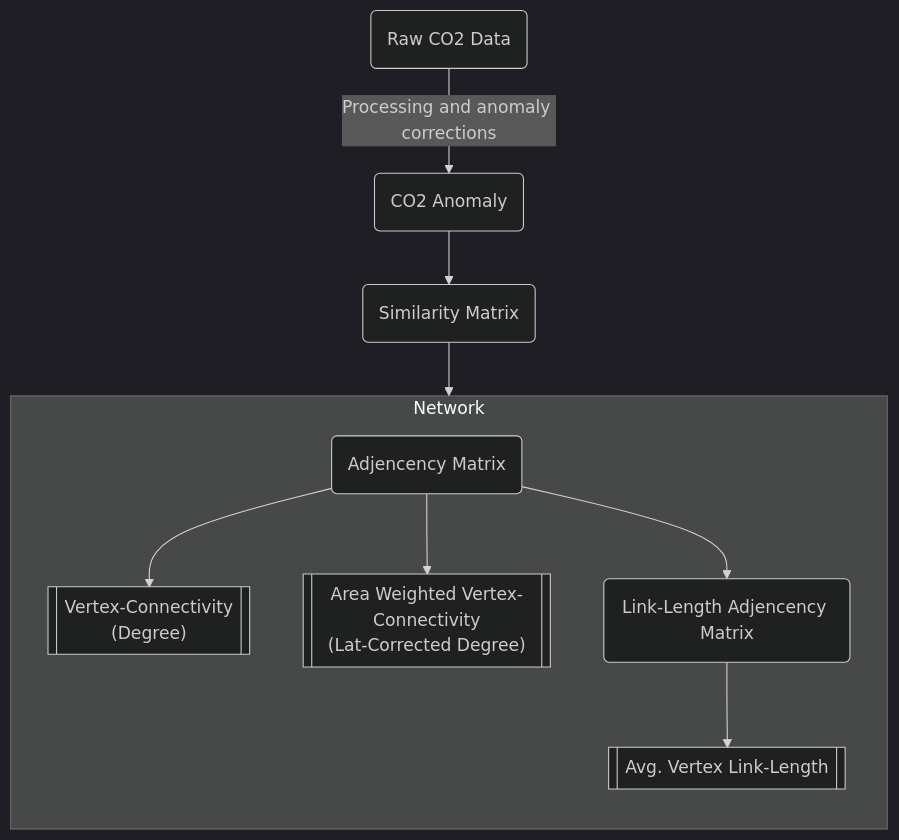
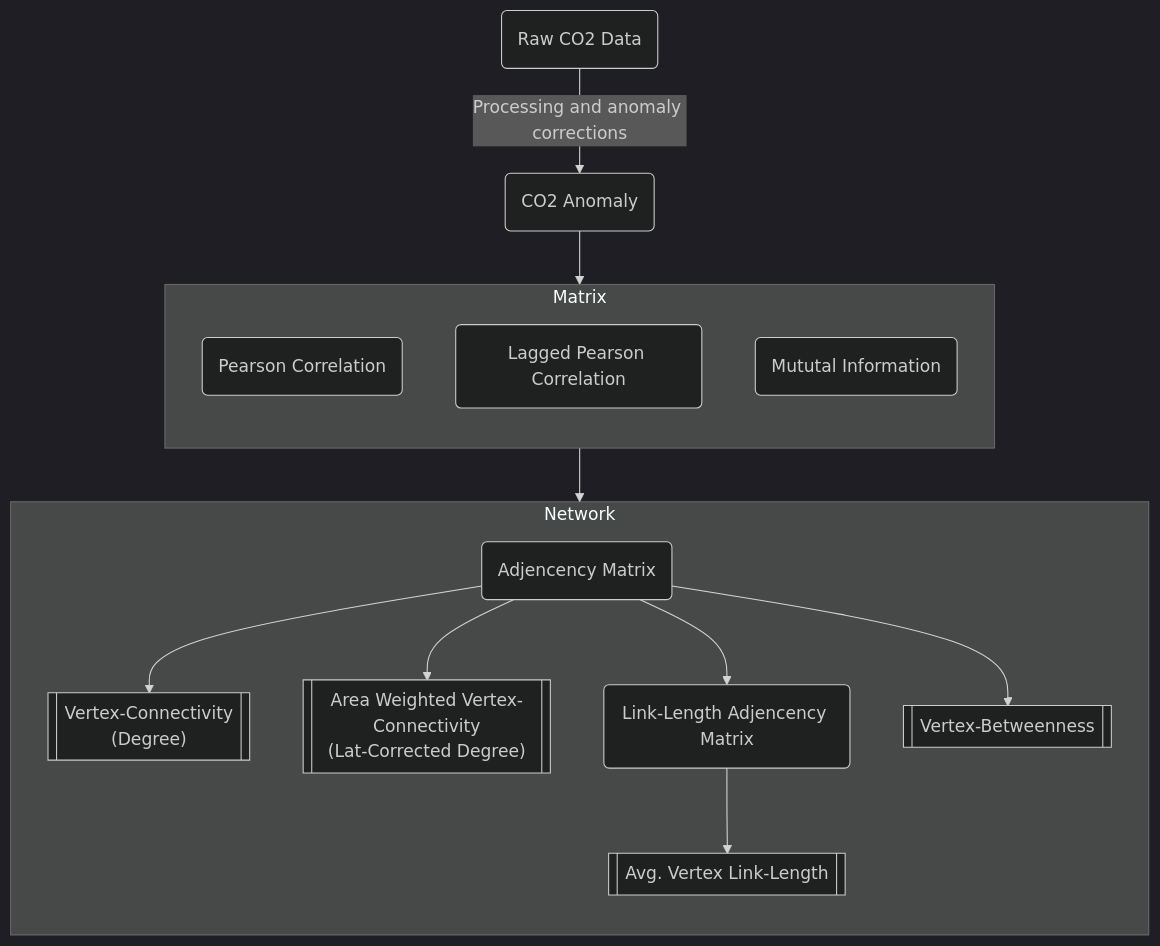
One commit to relativityhd/chaotic-carbon-networks changed the diagram in README.md. Above: the diagram before and after it, drawn with Mermaid (dark theme). The commit also changed 12 other files, not shown here.

````diff
--- a/README.md
+++ b/README.md
@@ -70,24 +70,33 @@
 ```mermaid
 graph TB;
     a(Raw CO2 Data);
     b(CO2 Anomaly);
     c(Similarity Matrix);
     d(Adjencency Matrix);
     e(Link-Length Adjencency Matrix);
     f[["Vertex-Connectivity\n(Degree)"]];
     g[["Area Weighted Vertex-Connectivity\n(Lat-Corrected Degree)"]];
     h[[Avg. Vertex Link-Length]];
+    k[["Vertex-Betweenness"]];
 
     a -->|Processing and anomaly corrections| b;
-    b --> c;
-    c --> Network;
+    b --> Matrix;
+    Matrix --> Network;
+
+    subgraph Matrix;
+      direction TB;
+      c(Pearson Correlation);
+      i(Lagged Pearson Correlation);
+      j(Mututal Information)
+    end;
 
     subgraph Network;
       direction TB;
       d --> f;
       d --> g;
       d --> e;
       e --> h;
+      d --> k;
     end;
 
 ```
````
